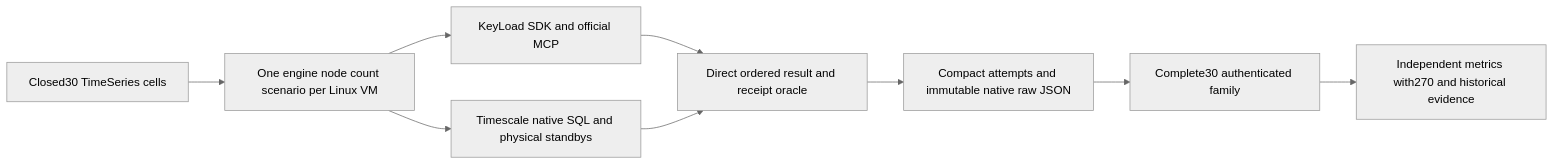
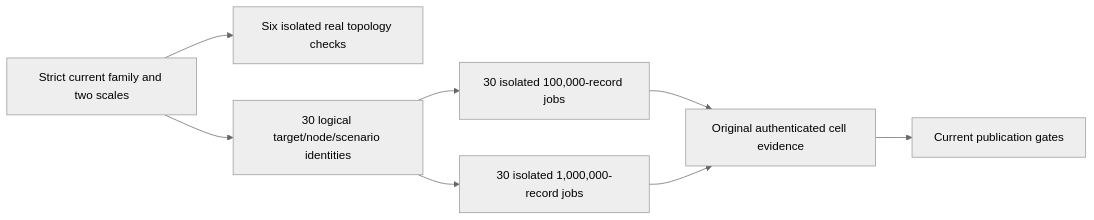
The diagram in docs/ADR/ADR-059-isolated-intensive-timeseries.md (managedcode/KeyLoad), drawn with Mermaid (neutral theme) before and after one commit. The commit also changed other lines of this file and 152 other files, not shown here.

````diff
--- a/docs/ADR/ADR-059-isolated-intensive-timeseries.md
+++ b/docs/ADR/ADR-059-isolated-intensive-timeseries.md
@@ -311,11 +12,10 @@
 ```mermaid
 flowchart LR
-    Plan[Closed30 TimeSeries cells] --> Native[One engine node count scenario per Linux VM]
-    Native --> KL[KeyLoad SDK and official MCP]
-    Native --> PG[Timescale native SQL and physical standbys]
-    KL --> Oracle[Direct ordered result and receipt oracle]
-    PG --> Oracle
-    Oracle --> Raw[Compact attempts and immutable native raw JSON]
-    Raw --> Proof[Complete30 authenticated family]
-    Proof --> Site[Independent metrics with270 and historical evidence]
+    Plan[Strict current family and two scales] --> Preflight[Six isolated real topology checks]
+    Plan --> Cells[30 logical target/node/scenario identities]
+    Cells --> Scale100K[30 isolated 100,000-record jobs]
+    Cells --> Scale1M[30 isolated 1,000,000-record jobs]
+    Scale100K --> Evidence[Original authenticated cell evidence]
+    Scale1M --> Evidence
+    Evidence --> Site[Current publication gates]
 ```
````
